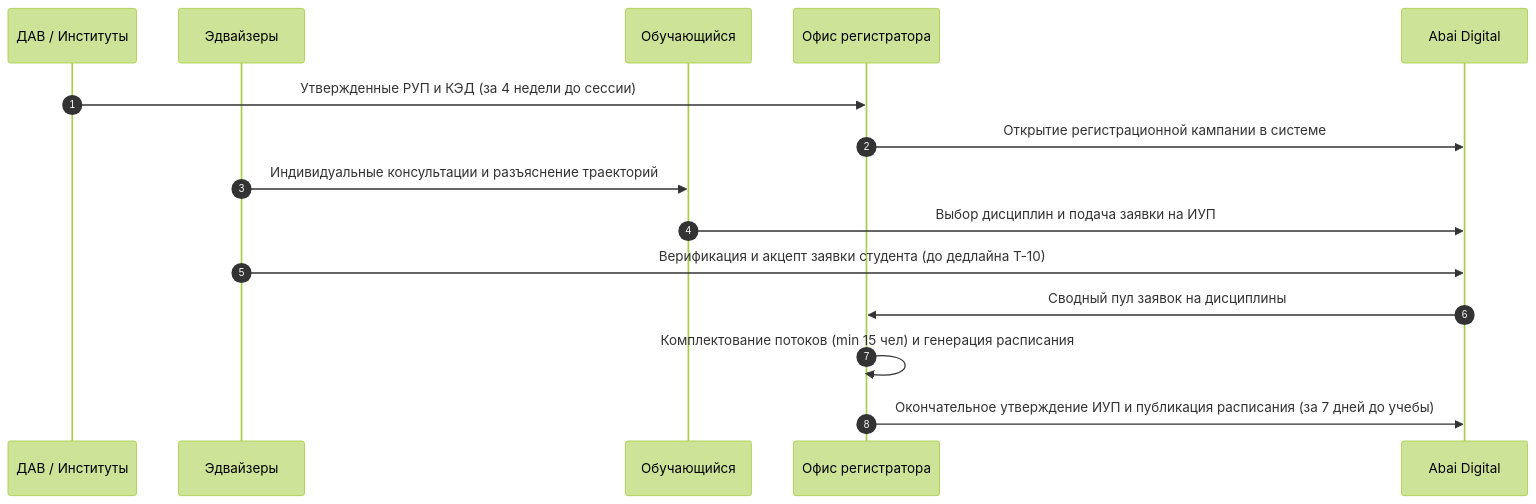
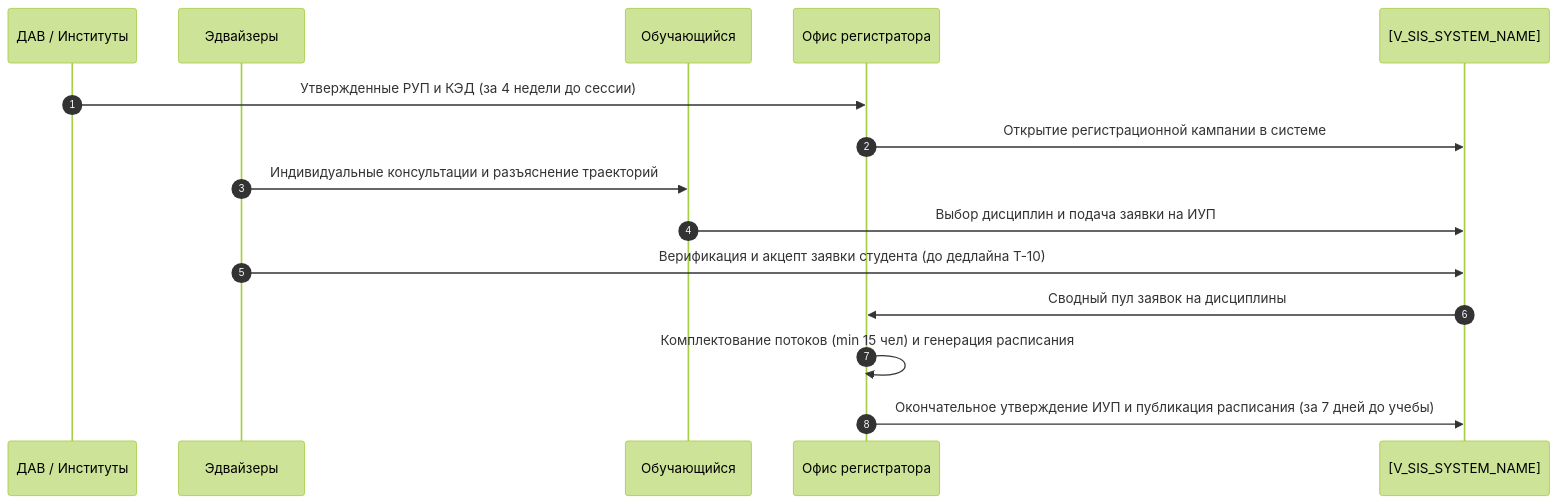
Before and after one commit to nurkenonline/transformation: the diagram in docs/internal_acts/sops_and_rules/sop_individual_curriculum_and_schedule.md, drawn with Mermaid (forest theme). The commit also changed other lines of this file and 86 other files, not shown here.

````diff
--- a/docs/internal_acts/sops_and_rules/sop_individual_curriculum_and_schedule.md
+++ b/docs/internal_acts/sops_and_rules/sop_individual_curriculum_and_schedule.md
@@ -28,18 +28,18 @@
 ```mermaid
 sequenceDiagram
     autonumber
     participant D as ДАВ / Институты
     participant E as Эдвайзеры
     participant S as Обучающийся
     participant R as Офис регистратора
-    participant IT as Abai Digital
+    participant IT as [V_SIS_SYSTEM_NAME]
 
     D->>R: Утвержденные РУП и КЭД (за 4 недели до сессии)
     R->>IT: Открытие регистрационной кампании в системе
     E->>S: Индивидуальные консультации и разъяснение траекторий
     S->>IT: Выбор дисциплин и подача заявки на ИУП
     E->>IT: Верификация и акцепт заявки студента (до дедлайна Т-10)
     IT->>R: Сводный пул заявок на дисциплины
     R->>R: Комплектование потоков (min 15 чел) и генерация расписания
     R->>IT: Окончательное утверждение ИУП и публикация расписания (за 7 дней до учебы)
 ```
````
